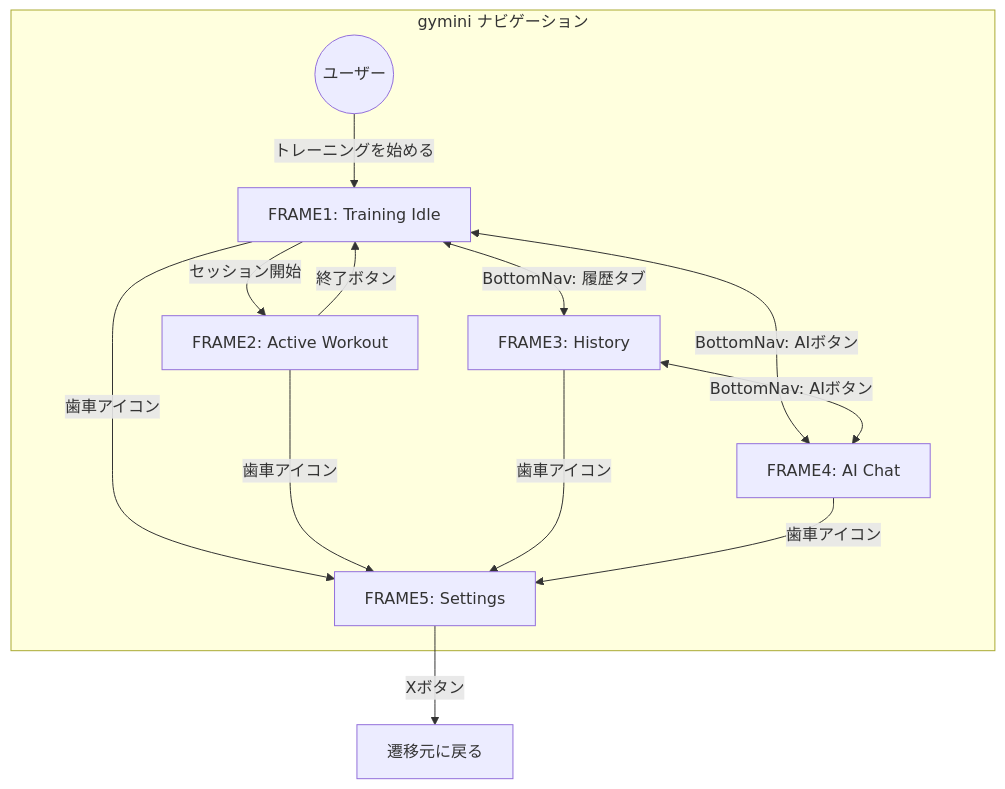
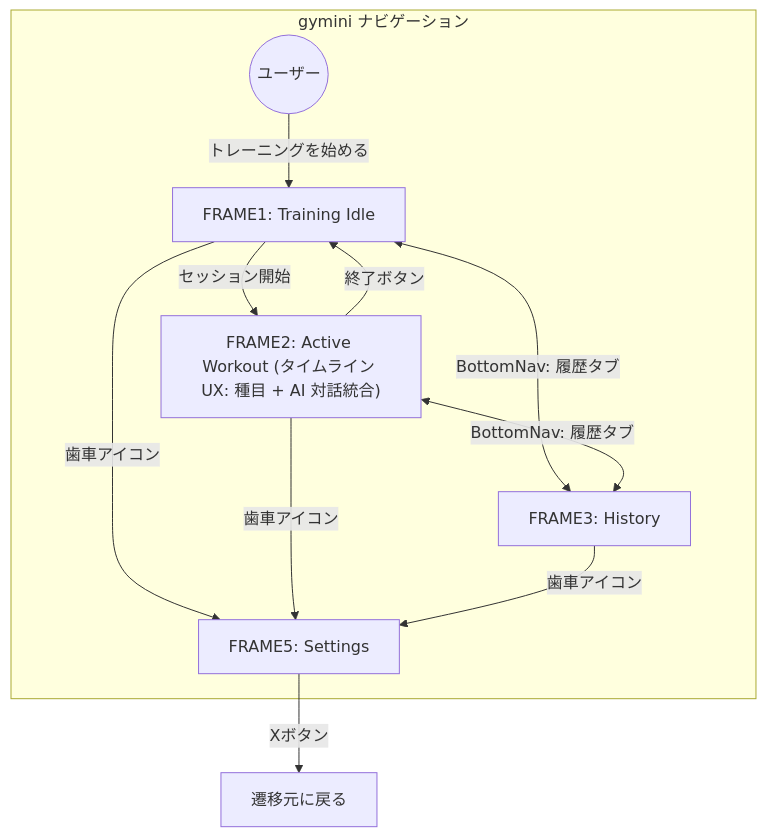
The first of 2 diagrams in docs/prd/navigation.md (SakumaTakuya/gymini), drawn with Mermaid before and after one commit. The commit also changed other lines of this file and 9 other files, not shown here.

````diff
--- a/docs/prd/navigation.md
+++ b/docs/prd/navigation.md
@@ -33,25 +33,22 @@
 ```mermaid
 graph TB
     subgraph "gymini ナビゲーション"
         User((ユーザー))
         FRAME1["FRAME1: Training Idle"]
-        FRAME2["FRAME2: Active Workout"]
+        FRAME2["FRAME2: Active Workout (タイムライン UX: 種目 + AI 対話統合)"]
         FRAME3["FRAME3: History"]
-        FRAME4["FRAME4: AI Chat"]
         FRAME5["FRAME5: Settings"]
     end
 
     User -->|"トレーニングを始める"| FRAME1
     FRAME1 -->|"セッション開始"| FRAME2
     FRAME2 -->|"終了ボタン"| FRAME1
 
     FRAME1 <-->|"BottomNav: 履歴タブ"| FRAME3
-    FRAME1 <-->|"BottomNav: AIボタン"| FRAME4
-    FRAME3 <-->|"BottomNav: AIボタン"| FRAME4
+    FRAME2 <-->|"BottomNav: 履歴タブ"| FRAME3
 
     FRAME1 -->|"歯車アイコン"| FRAME5
     FRAME2 -->|"歯車アイコン"| FRAME5
     FRAME3 -->|"歯車アイコン"| FRAME5
-    FRAME4 -->|"歯車アイコン"| FRAME5
     FRAME5 -->|"Xボタン"| FRAME5_PREV["遷移元に戻る"]
 ```
````
